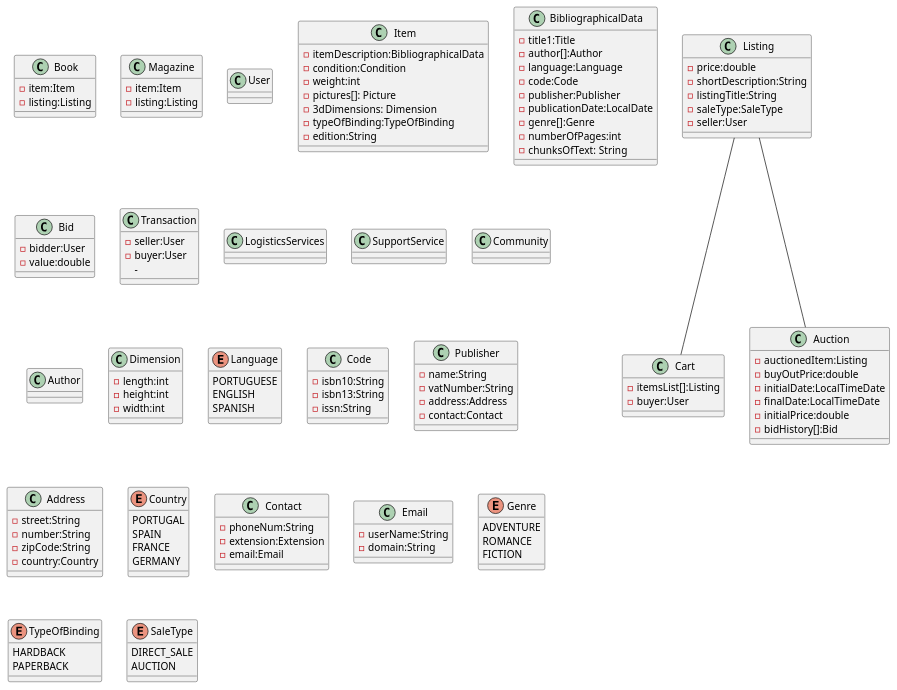
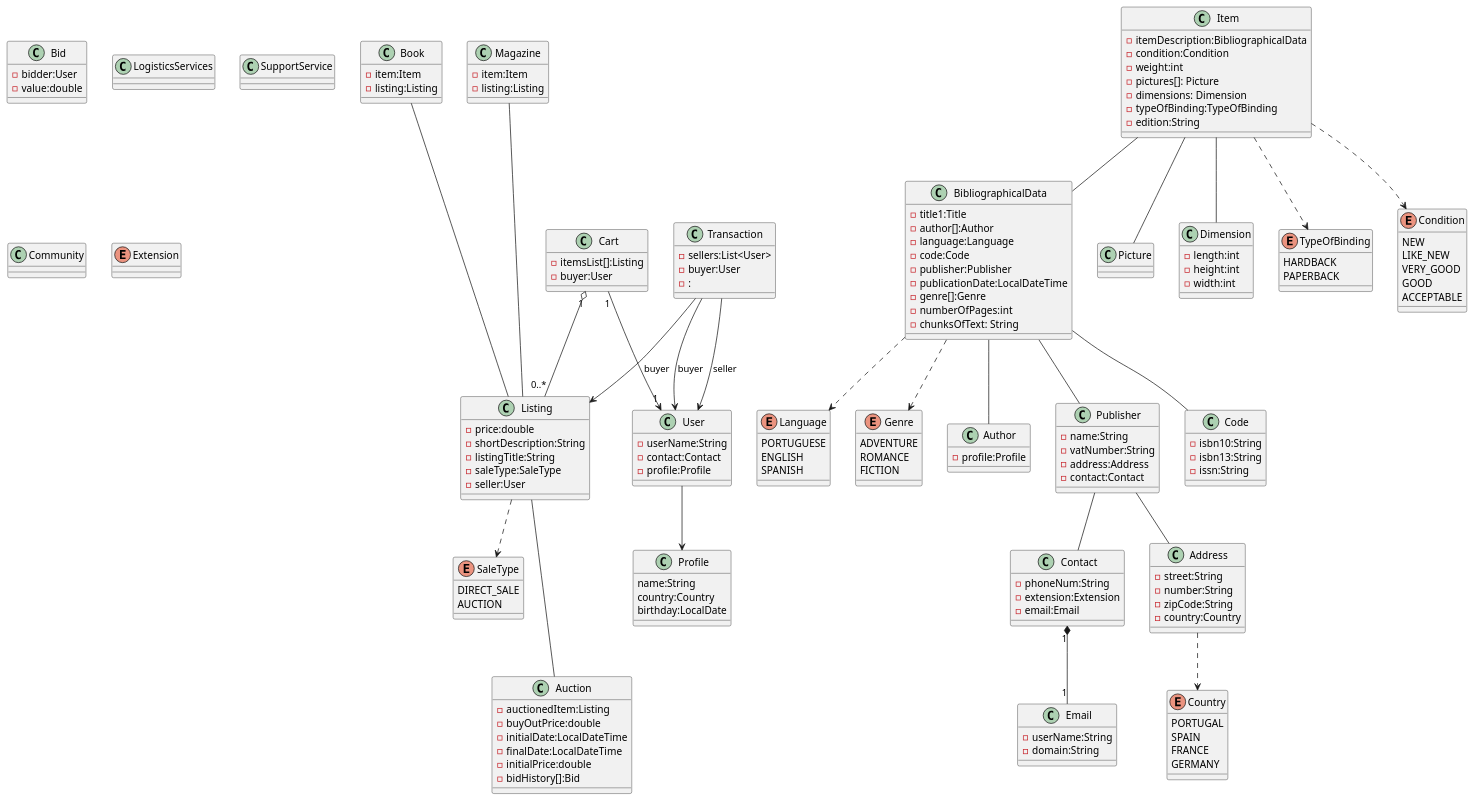
Before and after one commit to davidmarqq/MainProject_SWitCH: the diagram in DomainModel/DOO.puml, drawn with PlantUML.

Commit message:
doo-update

```diff
--- a/DomainModel/DOO.puml
+++ b/DomainModel/DOO.puml
@@ -1,10 +1,59 @@
-@startuml
+@startuml Doo
 'https://plantuml.com/class-diagram
+
+/' ========= '/
+Listing --- Auction
+Listing ..> SaleType
+
+/' ========= '/
+Book --- Listing
+Magazine --- Listing
+
+/' ========= '/
+BibliographicalData ..> Language 
+BibliographicalData ..> Genre 
+BibliographicalData -- Author
+BibliographicalData -- Publisher
+BibliographicalData -- Code
+
+
+
+/' ========= '/
+Item -- BibliographicalData
+Item -- Picture
+Item -- Dimension
+Item ..> TypeOfBinding
+Item ..> Condition
+
+
+/' ========= '/
+Cart "1" o-- "0..*" Listing
+Cart "1" --> "1" User : buyer
+
+/' ========= '/
+Transaction --> Listing
+Transaction --> User : seller
+Transaction --> User : buyer
+
+/' ========= '/
+User --> Profile
+
+
+
+/' ========= '/
+Contact "1" *-- "1" Email
+
+
+Address ..> Country
+
+/' ========= '/
+Publisher -- Address
+Publisher -- Contact
+
 
 class Book {
     - item:Item
     - listing:Listing
-
 }
 
 class Magazine {
@@ -13,14 +62,29 @@
 }
 
 class User {
+    - userName:String
+    - contact:Contact
+    - profile:Profile
 }
+
+class Profile {
+    name:String
+    country:Country
+    birthday:LocalDate
+}
+
+
+class Author {
+    - profile:Profile
+}
+
 
 class Item {
     -itemDescription:BibliographicalData
     - condition:Condition
     - weight:int
     - pictures[]: Picture
-    - 3dDimensions: Dimension
+    - dimensions: Dimension
     - typeOfBinding:TypeOfBinding
     - edition:String
 
@@ -32,7 +96,7 @@
     - language:Language
     - code:Code
     - publisher:Publisher
-    - publicationDate:LocalDate
+    - publicationDate:LocalDateTime
     - genre[]:Genre
     - numberOfPages:int
     - chunksOfText: String
@@ -48,20 +112,19 @@
     - seller:User
 }
 
-Listing --- Cart
+
 
 class Cart {
     - itemsList[]:Listing
     - buyer:User
 }
 
-Listing --- Auction
 
 class Auction {
     - auctionedItem:Listing
     - buyOutPrice:double
-    - initialDate:LocalTimeDate
-    - finalDate:LocalTimeDate
+    - initialDate:LocalDateTime
+    - finalDate:LocalDateTime
     - initialPrice:double
     - bidHistory[]:Bid
     
@@ -74,11 +137,12 @@
 }
 
 class Transaction {
-    - seller:User
+    - sellers:List<User>
     - buyer:User
-    -
+    - :
 
 }
+
 
 class LogisticsServices {
 }
@@ -87,11 +151,6 @@
 }
 
 class Community{
-}
-
-
-
-class Author {
 }
 
 class Dimension {
@@ -117,7 +176,6 @@
     - vatNumber:String
     - address:Address
     - contact:Contact
-
 }
 
 class Address {
@@ -162,7 +220,16 @@
     AUCTION
 }
 
+enum Extension {
 
+}
 
+enum Condition {
+    NEW
+    LIKE_NEW
+    VERY_GOOD
+    GOOD
+    ACCEPTABLE
+}
 
 @enduml
```
